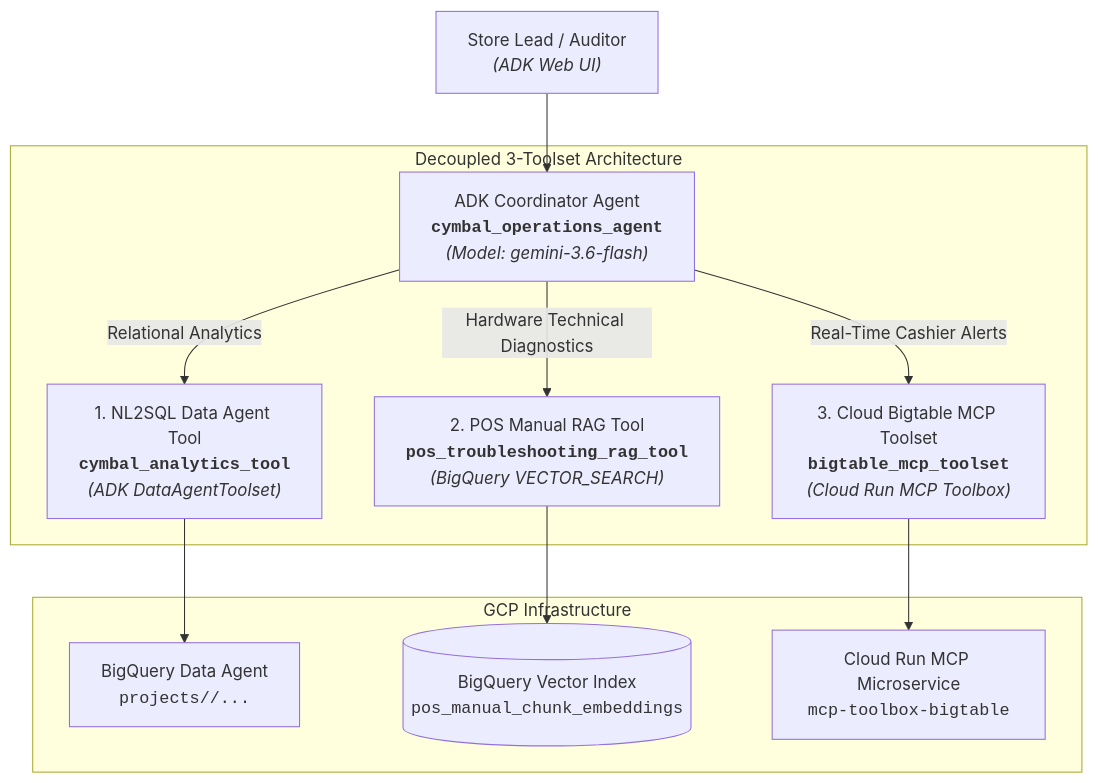
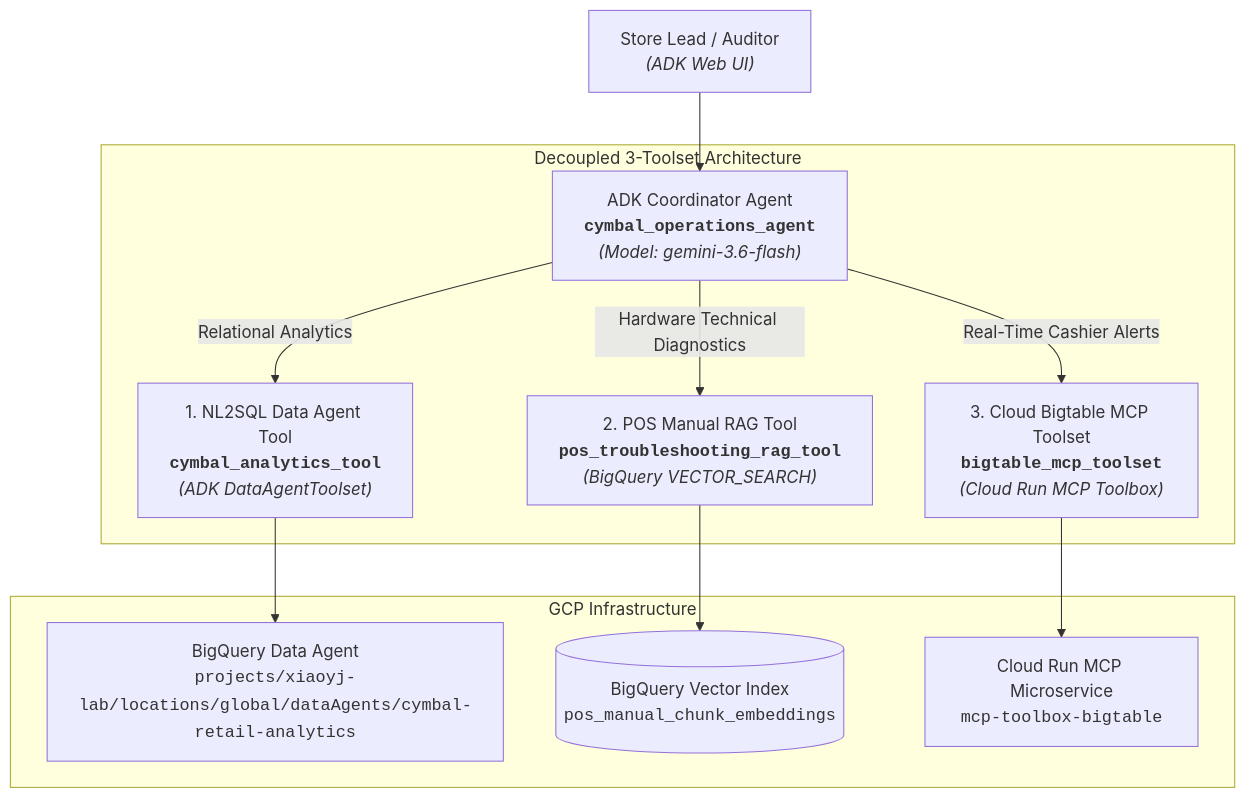
The diagram in 03-module3-adk-handson-instructions.md (mic-xiaoyj/da-elevate-day3-agent), drawn with Mermaid before and after one commit. The commit also changed other lines of this file and 13 other files, not shown here.

Commit message:
feat: complete Module 3 labs (Semantic Modeling, BQ CA Data Agent, Multi-Tool ADK Agent)

````diff
--- a/03-module3-adk-handson-instructions.md
+++ b/03-module3-adk-handson-instructions.md
@@ -44,16 +45,16 @@
 ```mermaid
 flowchart TD
     User["Store Lead / Auditor<br><i>(ADK Web UI)</i>"] --> Coordinator["ADK Coordinator Agent<br><code><b>cymbal_operations_agent</b></code><br><i>(Model: gemini-3.6-flash)</i>"]
 
     subgraph ToolsetGateways ["Decoupled 3-Toolset Architecture"]
         Coordinator -->|Relational Analytics| Tool1["1. NL2SQL Data Agent Tool<br><code><b>cymbal_analytics_tool</b></code><br><i>(ADK DataAgentToolset)</i>"]
         Coordinator -->|Hardware Technical Diagnostics| Tool2["2. POS Manual RAG Tool<br><code><b>pos_troubleshooting_rag_tool</b></code><br><i>(BigQuery VECTOR_SEARCH)</i>"]
         Coordinator -->|Real-Time Cashier Alerts| Tool3["3. Cloud Bigtable MCP Toolset<br><code><b>bigtable_mcp_toolset</b></code><br><i>(Cloud Run MCP Toolbox)</i>"]
     end
 
     subgraph Infrastructure ["GCP Infrastructure"]
-        Tool1 --> BQCA["BigQuery Data Agent<br><code>projects/<PROJECT_ID>/...</code>"]
+        Tool1 --> BQCA["BigQuery Data Agent<br><code>projects/xiaoyj-lab/locations/global/dataAgents/cymbal-retail-analytics</code>"]
         Tool2 --> BQVect[("BigQuery Vector Index<br><code>pos_manual_chunk_embeddings</code>")]
         Tool3 --> CloudRun["Cloud Run MCP Microservice<br><code>mcp-toolbox-bigtable</code>"]
     end
 ```
````
